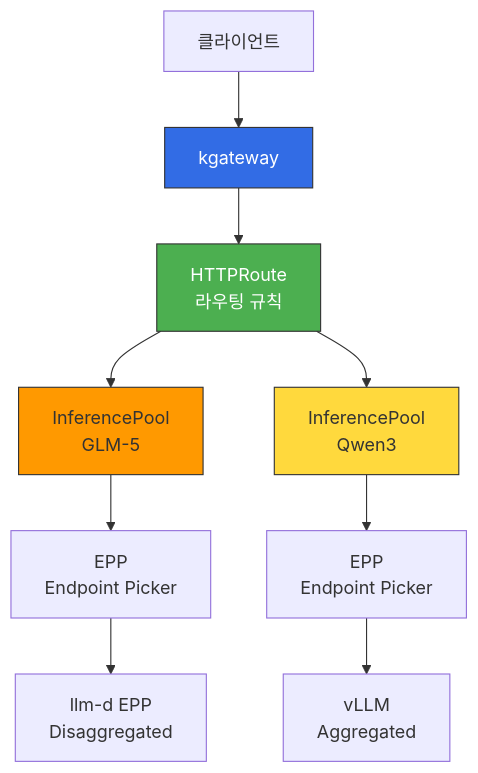
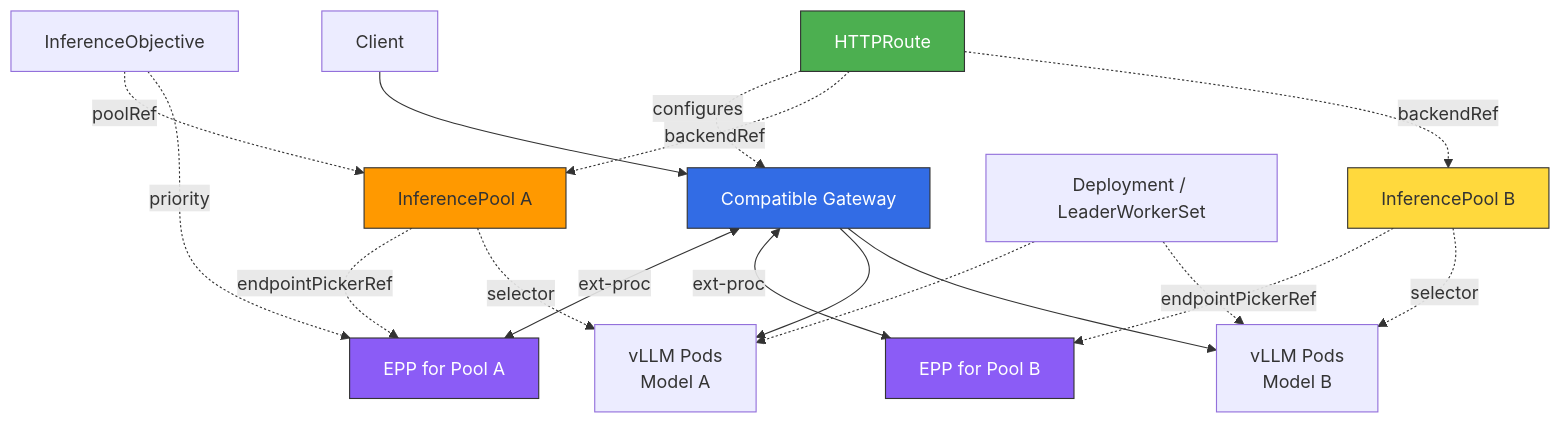
Before and after one commit to devfloor9/engineering-playbook: the third of 4 diagrams in docs/agentic-ai-platform/model-serving/inference-routing/routing-strategy.md, drawn with Mermaid. The commit also changed other lines of this file and 10 other files, not shown here.

First line of the commit message:
docs: reconcile llm-d routing and workload guidance

````diff
--- a/docs/agentic-ai-platform/model-serving/inference-routing/routing-strategy.md
+++ b/docs/agentic-ai-platform/model-serving/inference-routing/routing-strategy.md
@@ -280,16 +288,25 @@
 ```mermaid
-graph TB
-    Client[클라이언트] --> Gateway[kgateway]
-    Gateway --> HTTPRoute[HTTPRoute<br/>라우팅 규칙]
-    HTTPRoute --> Pool1[InferencePool<br/>GLM-5]
-    HTTPRoute --> Pool2[InferencePool<br/>Qwen3]
-    Pool1 --> EPP1[EPP<br/>Endpoint Picker]
-    Pool2 --> EPP2[EPP<br/>Endpoint Picker]
-    EPP1 --> LLMD1[llm-d EPP<br/>Disaggregated]
-    EPP2 --> VLLM[vLLM<br/>Aggregated]
-
+flowchart TB
+    Client[Client] --> Gateway[Compatible Gateway]
+    Gateway <-->|ext-proc| EPP1[EPP for Pool A]
+    Gateway <-->|ext-proc| EPP2[EPP for Pool B]
+    Gateway --> Model1[vLLM Pods<br/>Model A]
+    Gateway --> Model2[vLLM Pods<br/>Model B]
+    Route[HTTPRoute] -.->|configures| Gateway
+    Route -.->|backendRef| Pool1[InferencePool A]
+    Route -.->|backendRef| Pool2[InferencePool B]
+    Pool1 -.->|endpointPickerRef| EPP1
+    Pool2 -.->|endpointPickerRef| EPP2
+    Pool1 -.->|selector| Model1
+    Pool2 -.->|selector| Model2
+    Objective[InferenceObjective] -.->|poolRef| Pool1
+    Objective -.->|priority| EPP1
+    Workload[Deployment / LeaderWorkerSet] -.-> Model1
+    Workload -.-> Model2
     style Gateway fill:#326ce5,stroke:#333,color:#fff
-    style HTTPRoute fill:#4caf50,stroke:#333,color:#fff
+    style Route fill:#4caf50,stroke:#333,color:#fff
+    style EPP1 fill:#8b5cf6,stroke:#333,color:#fff
+    style EPP2 fill:#8b5cf6,stroke:#333,color:#fff
     style Pool1 fill:#ff9900,stroke:#333
     style Pool2 fill:#ffd93d,stroke:#333
 ```
````
